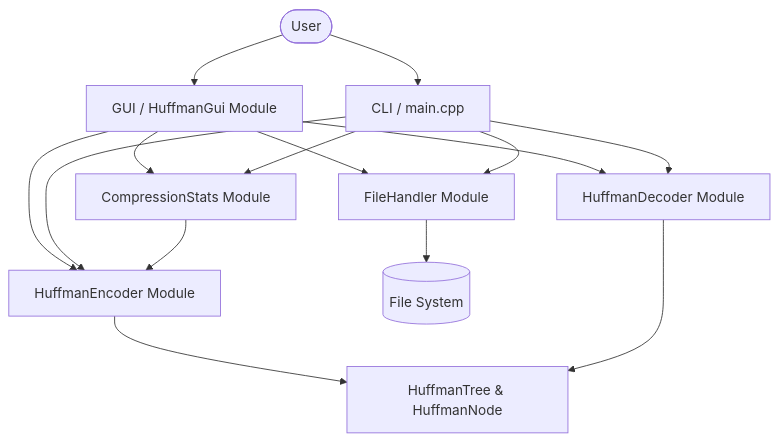
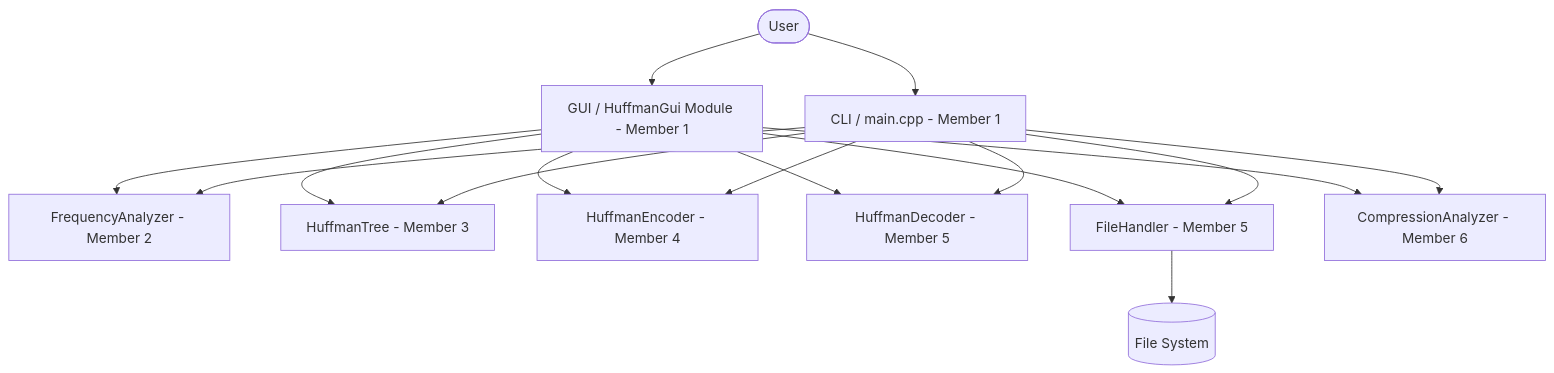
Before and after one commit to RoberafTamirat/Huffman-Coding-Data-Compression: the diagram in docs/architecture.md, drawn with Mermaid. The commit also changed other lines of this file and 22 other files, not shown here.

Commit message:
refactor: enforce team role boundaries, separate member modules, and focus on Role 1 GUI coordinator

````diff
--- a/docs/architecture.md
+++ b/docs/architecture.md
@@ -12,21 +12,21 @@
 ```mermaid
 graph TD
-    User([User]) --> GUI[GUI / HuffmanGui Module]
-    User --> CLI[CLI / main.cpp]
+    User([User]) --> GUI[GUI / HuffmanGui Module - Member 1]
+    User --> CLI[CLI / main.cpp - Member 1]
 
-    GUI --> Encoder[HuffmanEncoder Module]
-    GUI --> Decoder[HuffmanDecoder Module]
-    GUI --> Stats[CompressionStats Module]
-    GUI --> FileHandler[FileHandler Module]
+    GUI --> Freq[FrequencyAnalyzer - Member 2]
+    GUI --> Tree[HuffmanTree - Member 3]
+    GUI --> Encoder[HuffmanEncoder - Member 4]
+    GUI --> Decoder[HuffmanDecoder - Member 5]
+    GUI --> FileHandler[FileHandler - Member 5]
+    GUI --> Analyzer[CompressionAnalyzer - Member 6]
 
-    CLI --> FileHandler
+    CLI --> Freq
+    CLI --> Tree
     CLI --> Encoder
     CLI --> Decoder
-    CLI --> Stats
-
-    Encoder --> Tree[HuffmanTree & HuffmanNode]
-    Decoder --> Tree
-    Stats --> Encoder
+    CLI --> Analyzer
+    CLI --> FileHandler
 
     FileHandler --> FS[(File System)]
 ```
````
